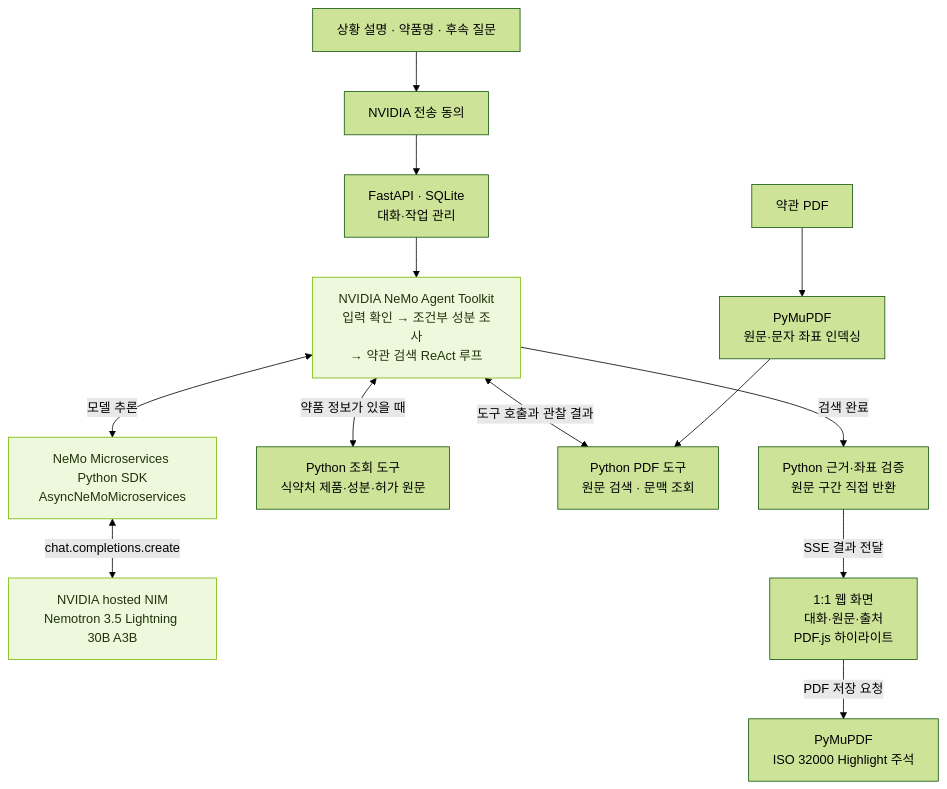
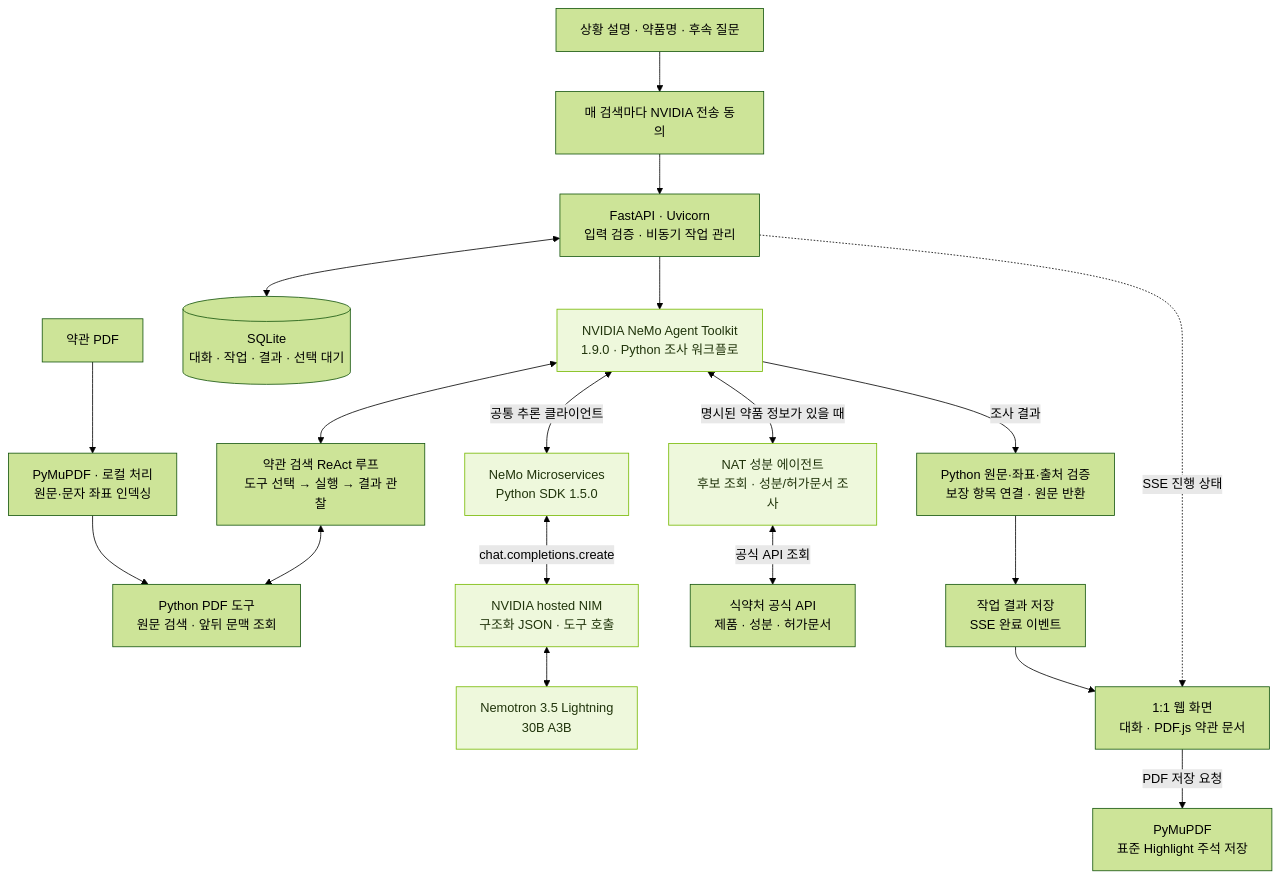
The first of 2 diagrams in README.md (tongnamuu/concrete-insure), drawn with Mermaid (forest theme) before and after one commit. The commit also changed other lines of this file and 3 other files, not shown here.

````diff
--- a/README.md
+++ b/README.md
@@ -11,20 +11,26 @@
 ```mermaid
 flowchart TB
-    DOC["약관 PDF"] --> INDEX["PyMuPDF<br/>원문·문자 좌표 인덱싱"]
-    INPUT["상황 설명 · 약품명 · 후속 질문"] --> CONSENT["NVIDIA 전송 동의"]
-    CONSENT --> API["FastAPI · SQLite<br/>대화·작업 관리"]
-    API --> NAT["NVIDIA NeMo Agent Toolkit<br/>입력 확인 → 조건부 성분 조사<br/>→ 약관 검색 ReAct 루프"]
+    DOC["약관 PDF"] --> INDEX["PyMuPDF · 로컬 처리<br/>원문·문자 좌표 인덱싱"]
+    INDEX --> PDFTOOLS["Python PDF 도구<br/>원문 검색 · 앞뒤 문맥 조회"]
+    INPUT["상황 설명 · 약품명 · 후속 질문"] --> CONSENT["매 검색마다 NVIDIA 전송 동의"]
+    CONSENT --> API["FastAPI · Uvicorn<br/>입력 검증 · 비동기 작업 관리"]
+    API <--> DB[("SQLite<br/>대화 · 작업 · 결과 · 선택 대기")]
+    API --> NAT["NVIDIA NeMo Agent Toolkit<br/>1.9.0 · Python 조사 워크플로"]
 
-    NAT <-->|모델 추론| SDK["NeMo Microservices Python SDK<br/>AsyncNeMoMicroservices"]
-    SDK <-->|chat.completions.create| NIM["NVIDIA hosted NIM<br/>Nemotron 3.5 Lightning 30B A3B"]
-    NAT <-->|약품 정보가 있을 때| MFDS["Python 조회 도구<br/>식약처 제품·성분·허가 원문"]
-    INDEX --> TOOLS["Python PDF 도구<br/>원문 검색 · 문맥 조회"]
-    NAT <-->|도구 호출과 관찰 결과| TOOLS
+    NAT <-->|공통 추론 클라이언트| SDK["NeMo Microservices<br/>Python SDK 1.5.0"]
+    SDK <-->|chat.completions.create| NIM["NVIDIA hosted NIM<br/>구조화 JSON · 도구 호출"]
+    NIM <--> MODEL["Nemotron 3.5 Lightning<br/>30B A3B"]
+    NAT <-->|명시된 약품 정보가 있을 때| DRUG["NAT 성분 에이전트<br/>후보 조회 · 성분/허가문서 조사"]
+    DRUG <-->|공식 API 조회| MFDS["식약처 공식 API<br/>제품 · 성분 · 허가문서"]
+    NAT <--> REACT["약관 검색 ReAct 루프<br/>도구 선택 → 실행 → 결과 관찰"]
+    REACT <--> PDFTOOLS
 
-    NAT -->|검색 완료| VERIFY["Python 근거·좌표 검증<br/>원문 구간 직접 반환"]
-    VERIFY -->|SSE 결과 전달| VIEW["1:1 웹 화면<br/>대화·원문·출처<br/>PDF.js 하이라이트"]
-    VIEW -->|PDF 저장 요청| EXPORT["PyMuPDF<br/>ISO 32000 Highlight 주석"]
+    NAT -->|조사 결과| VERIFY["Python 원문·좌표·출처 검증<br/>보장 항목 연결 · 원문 반환"]
+    VERIFY --> RESULT["작업 결과 저장<br/>SSE 완료 이벤트"]
+    RESULT --> VIEW["1:1 웹 화면<br/>대화 · PDF.js 약관 문서"]
+    API -.->|SSE 진행 상태| VIEW
+    VIEW -->|PDF 저장 요청| EXPORT["PyMuPDF<br/>표준 Highlight 주석 저장"]
 
     classDef nvidia fill:#eef8dc,stroke:#76b900,color:#20340b
-    class NAT,SDK,NIM nvidia
+    class NAT,SDK,NIM,MODEL,DRUG nvidia
 ```
````
